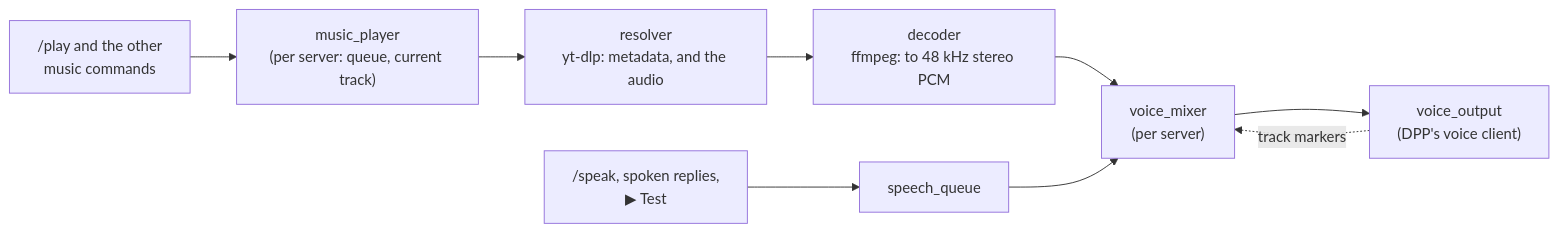
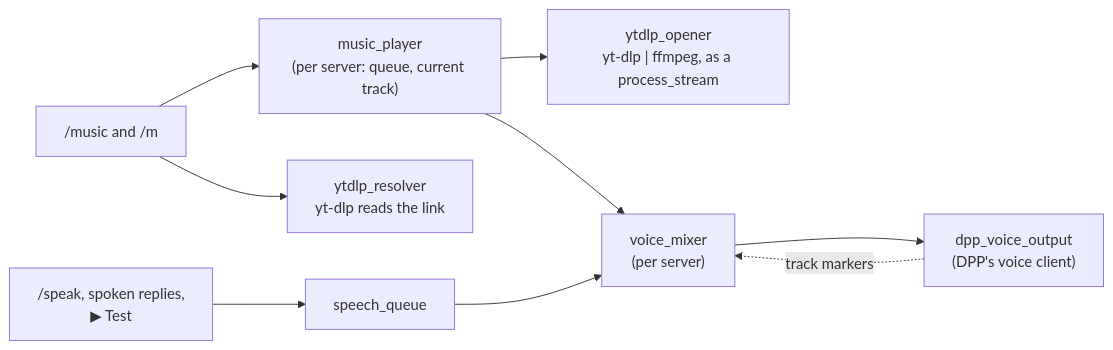
Before and after one commit to mhorn00/LatiBot-cpp: the diagram in docs/features/Music.md, drawn with Mermaid. The commit also changed other lines of this file and 48 other files, not shown here.

First line of the commit message:
feat(music): /music plays links through yt-dlp and ffmpeg, and speech pauses it

````diff
--- a/docs/features/Music.md
+++ b/docs/features/Music.md
@@ -192,11 +202,11 @@
 ```mermaid
 flowchart LR
-    play["/play and the other<br/>music commands"] --> player["music_player<br/>(per server: queue, current track)"]
-    player --> resolver["resolver<br/>yt-dlp: metadata, and the audio"]
-    resolver --> decoder["decoder<br/>ffmpeg: to 48 kHz stereo PCM"]
-    decoder --> mixer["voice_mixer<br/>(per server)"]
+    play["/music and /m"] --> player["music_player<br/>(per server: queue, current track)"]
+    play --> resolver["ytdlp_resolver<br/>yt-dlp reads the link"]
+    player --> opener["ytdlp_opener<br/>yt-dlp | ffmpeg, as a process_stream"]
+    player --> mixer["voice_mixer<br/>(per server)"]
     speak["/speak, spoken replies,<br/>▶ Test"] --> speech["speech_queue"]
     speech --> mixer
-    mixer --> output["voice_output<br/>(DPP's voice client)"]
+    mixer --> output["dpp_voice_output<br/>(DPP's voice client)"]
     output -. "track markers" .-> mixer
 ```
````
